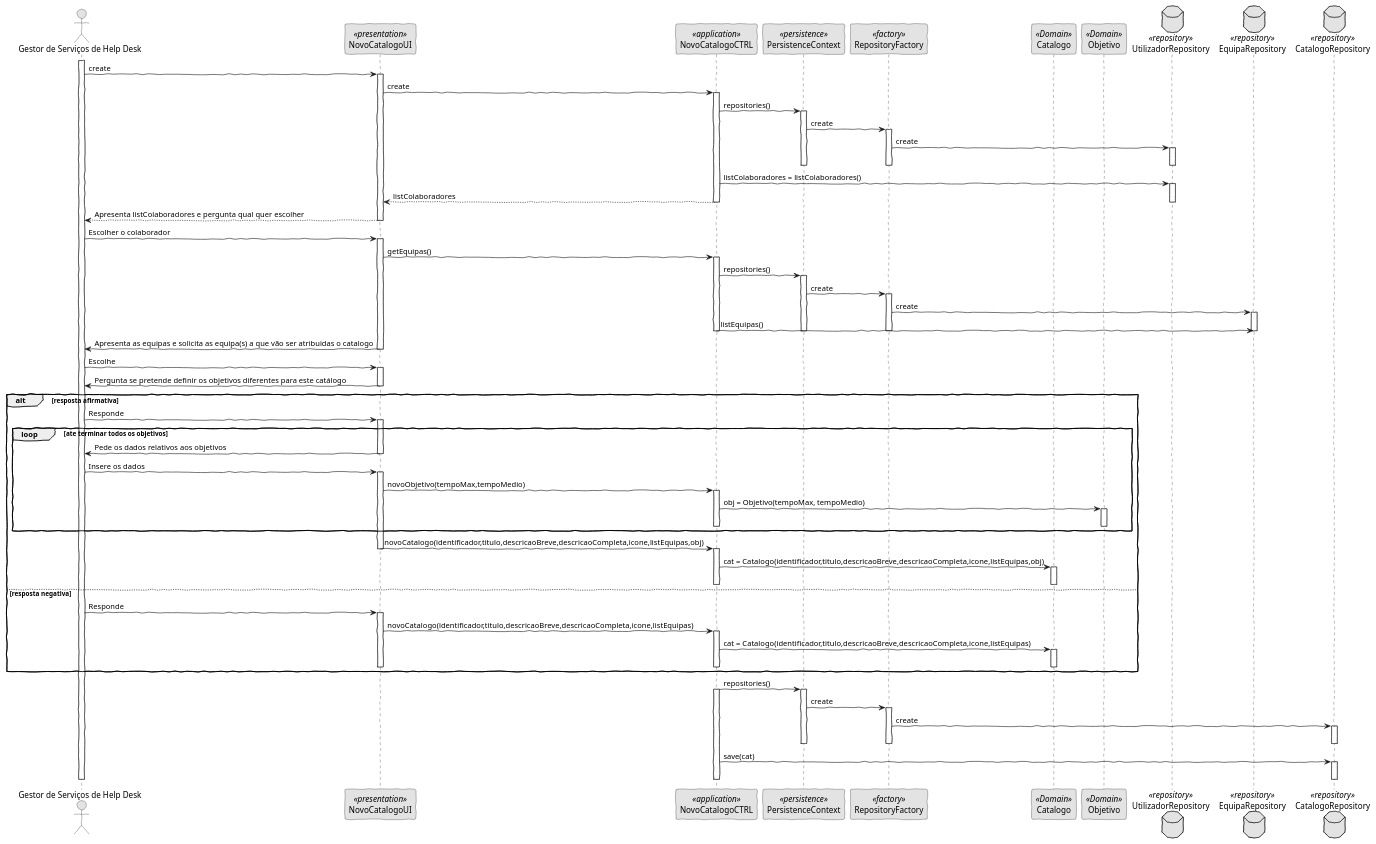
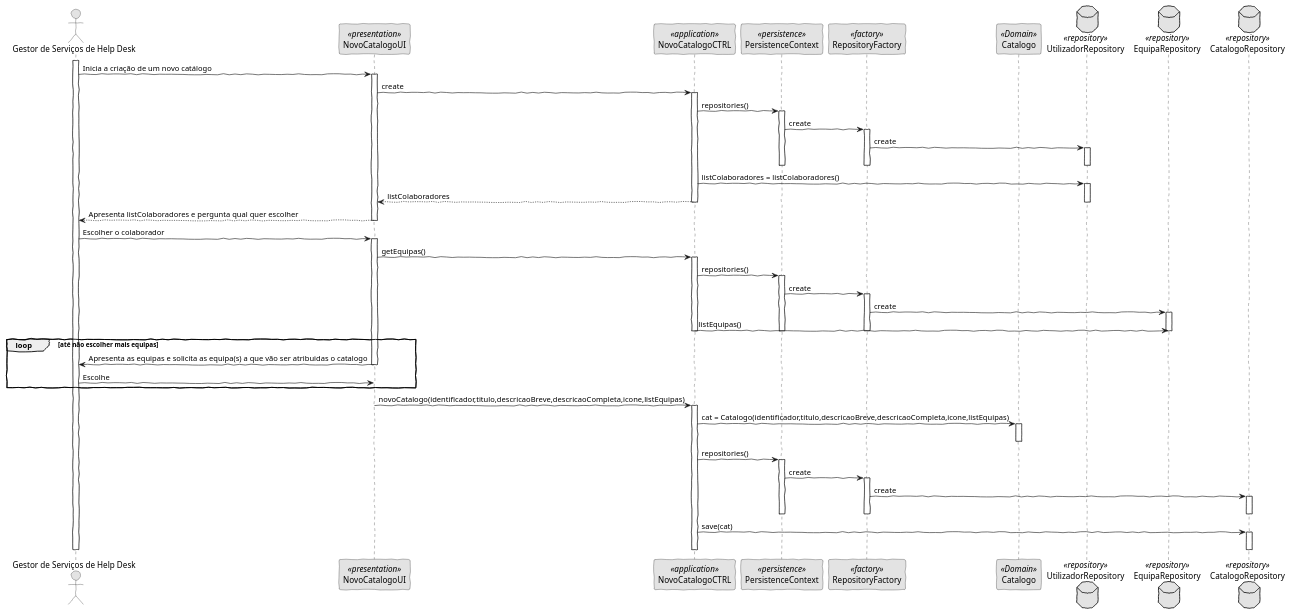
The diagram in docs/US2001/SD.puml (pedrolemos4/LAPR4), drawn with PlantUML before and after one commit. The commit also changed 3 other files, not shown here.

```diff
--- a/docs/US2001/SD.puml
+++ b/docs/US2001/SD.puml
@@ -1,118 +1,83 @@
 @startuml
 'http://plantuml.com/skinparam.html
 skinparam handwritten true
 skinparam monochrome true
 skinparam packageStyle rect
 skinparam defaultFontName FG Virgil
 skinparam shadowing false
 
 Actor "Gestor de Serviços de Help Desk" as Actor
 participant NovoCatalogoUI as UI <<presentation>>
 participant NovoCatalogoCTRL as Controller <<application>>
 participant PersistenceContext as Persistence <<persistence>>
 participant RepositoryFactory as Factory <<factory>>
 participant Catalogo as Catalogo <<Domain>>
-participant Objetivo as Objetivo <<Domain>>
 database UtilizadorRepository as URepository <<repository>>
 database EquipaRepository as ERepository <<repository>>
 database CatalogoRepository as CRepository <<repository>>
 
 
 activate Actor
-    Actor -> UI: create
+    Actor -> UI: Inicia a criação de um novo catálogo
     activate UI
       UI -> Controller: create
     activate Controller
         Controller -> Persistence: repositories()
     activate Persistence
         Persistence -> Factory: create
     activate Factory
         Factory -> URepository: create
     activate URepository
     deactivate Persistence
     deactivate Factory
     deactivate URepository
         Controller -> URepository: listColaboradores = listColaboradores()
     activate URepository
         Controller --> UI: listColaboradores
     deactivate URepository
     deactivate Controller
         UI --> Actor : Apresenta listColaboradores e pergunta qual quer escolher
     deactivate UI
       Actor -> UI: Escolher o colaborador
     activate UI
     UI -> Controller: getEquipas()
     activate Controller
     Controller -> Persistence: repositories()
     activate Persistence
         Persistence -> Factory: create
     activate Factory
         Factory -> ERepository: create
     activate ERepository
       Controller -> ERepository : listEquipas()
     deactivate Controller
     deactivate Persistence
     deactivate Factory
     deactivate ERepository
+    loop até não escolher mais equipas
       UI -> Actor: Apresenta as equipas e solicita as equipa(s) a que vão ser atribuidas o catalogo
     deactivate UI
       Actor -> UI: Escolhe
-    activate UI
-      
-      UI -> Actor: Pergunta se pretende definir os objetivos diferentes para este catálogo
-    deactivate UI
-    
-    alt resposta afirmativa
-    
-    Actor -> UI: Responde
-    activate UI
-    
-    loop ate terminar todos os objetivos 
-      UI ->   Actor: Pede os dados relativos aos objetivos
-    deactivate UI
-      Actor -> UI: Insere os dados
-    activate UI
-      UI -> Controller: novoObjetivo(tempoMax,tempoMedio)
-    activate Controller
-      Controller -> Objetivo: obj = Objetivo(tempoMax, tempoMedio)
-    activate Objetivo
-    deactivate Objetivo
-    deactivate Controller
-    end
-     
-      UI -> Controller: novoCatalogo(identificador,titulo,descricaoBreve,descricaoCompleta,icone,listEquipas,obj)
-    deactivate UI
-    activate Controller
-      Controller -> Catalogo: cat = Catalogo(identificador,titulo,descricaoBreve,descricaoCompleta,icone,listEquipas,obj)
-    activate Catalogo
-    deactivate Catalogo
-    deactivate Controller
-    else resposta negativa 
-      Actor -> UI: Responde
+    end loop
     activate UI
       UI -> Controller: novoCatalogo(identificador,titulo,descricaoBreve,descricaoCompleta,icone,listEquipas)
     activate Controller
       Controller -> Catalogo: cat = Catalogo(identificador,titulo,descricaoBreve,descricaoCompleta,icone,listEquipas)
     activate Catalogo
     deactivate Catalogo
-    deactivate Controller
-    deactivate UI
-    end
-
       Controller -> Persistence: repositories()
-    activate Controller
     activate Persistence
       Persistence -> Factory: create
     activate Factory
       Factory -> CRepository: create
     activate CRepository
     deactivate Persistence
     deactivate Factory
     deactivate CRepository
       Controller -> CRepository: save(cat)
     activate CRepository
     deactivate CRepository
     deactivate Controller
-  
+    deactivate UI
+
 deactivate Actor
 @enduml
```
